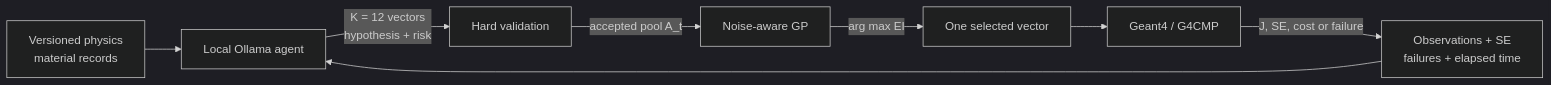
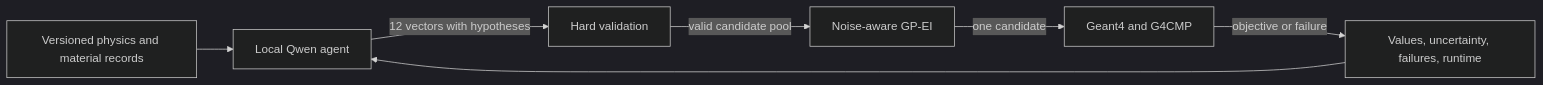
Before and after one commit to HHTseng/QPU-material-sensitivity-analysis: the diagram in README.md, drawn with Mermaid (dark theme). The commit also changed other lines of this file and 9 other files, not shown here.

````diff
--- a/README.md
+++ b/README.md
@@ -74,10 +74,9 @@
 ```mermaid
 flowchart LR
-    K[Versioned physics<br/>material records] --> L[Local Ollama agent]
-    D[Observations + SE<br/>failures + elapsed time] --> L
-    L -->|K = 12 vectors<br/>hypothesis + risk| V[Hard validation]
-    V -->|accepted pool A_t| G[Noise-aware GP]
-    G -->|arg max EI| X[One selected vector]
-    X --> S[Geant4 / G4CMP]
-    S -->|J, SE, cost or failure| D
+    K[Versioned physics and material records] --> L[Local Qwen agent]
+    D[Values, uncertainty, failures, runtime] --> L
+    L -->|12 vectors with hypotheses| V[Hard validation]
+    V -->|valid candidate pool| G[Noise-aware GP-EI]
+    G -->|one candidate| S[Geant4 and G4CMP]
+    S -->|objective or failure| D
 ```
````
